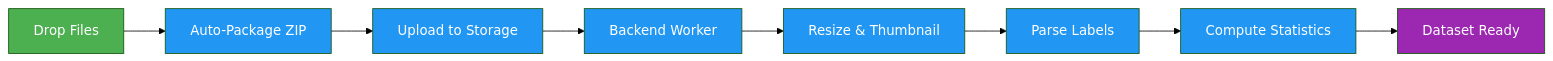
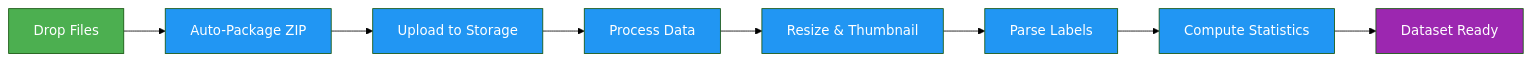
Before and after one commit to Rehman-AD/cv-yolov8-core: the second of 3 diagrams in docs/en/platform/quickstart.md, drawn with Mermaid (forest theme). The commit also changed other lines of this file and 32 other files, not shown here.

````diff
--- a/docs/en/platform/quickstart.md
+++ b/docs/en/platform/quickstart.md
@@ -178,14 +200,14 @@
 ```mermaid
 graph LR
     A[Drop Files]:::start --> B[Auto-Package ZIP]:::proc
     B --> C[Upload to Storage]:::proc
-    C --> D[Backend Worker]:::proc
+    C --> D[Process Data]:::proc
     D --> E[Resize & Thumbnail]:::proc
     E --> F[Parse Labels]:::proc
     F --> G[Compute Statistics]:::proc
     G --> H[Dataset Ready]:::out
 
     classDef start fill:#4CAF50,color:#fff
     classDef proc fill:#2196F3,color:#fff
     classDef out fill:#9C27B0,color:#fff
 ```
````
